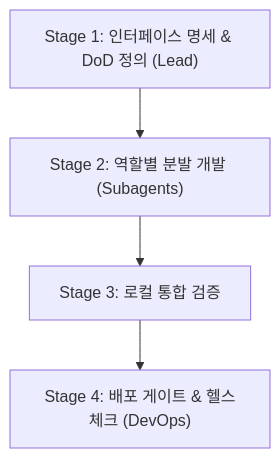
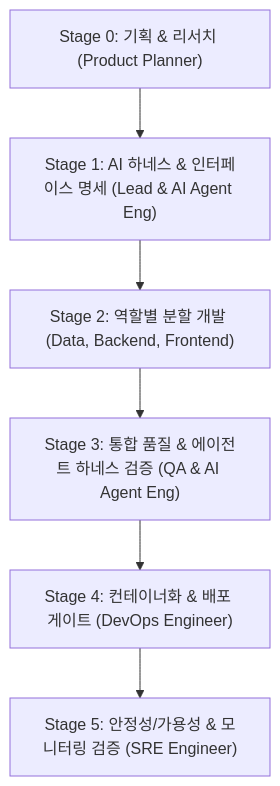
Before and after one commit to DongJinNam/dev-team-skills: the diagram in skills/SKILL.md, drawn with Mermaid. The commit also changed other lines of this file and 12 other files, not shown here.

Commit message:
feat: Add Product Planner & AI Agent Engineer roles, harness engineering, and marketplace packaging

````diff
--- a/skills/SKILL.md
+++ b/skills/SKILL.md
@@ -29,6 +33,8 @@
 ```mermaid
 flowchart TD
-    A["Stage 1: 인터페이스 명세 & DoD 정의 (Lead)"] --> B["Stage 2: 역할별 분발 개발 (Subagents)"]
-    B --> C["Stage 3: 로컬 통합 검증"]
-    C --> D["Stage 4: 배포 게이트 & 헬스체크 (DevOps)"]
+    S0["Stage 0: 기획 & 리서치 (Product Planner)"] --> S1["Stage 1: AI 하네스 & 인터페이스 명세 (Lead & AI Agent Eng)"]
+    S1 --> S2["Stage 2: 역할별 분할 개발 (Data, Backend, Frontend)"]
+    S2 --> S3["Stage 3: 통합 품질 & 에이전트 하네스 검증 (QA & AI Agent Eng)"]
+    S3 --> S4["Stage 4: 컨테이너화 & 배포 게이트 (DevOps Engineer)"]
+    S4 --> S5["Stage 5: 안정성/가용성 & 모니터링 검증 (SRE Engineer)"]
 ```
````
